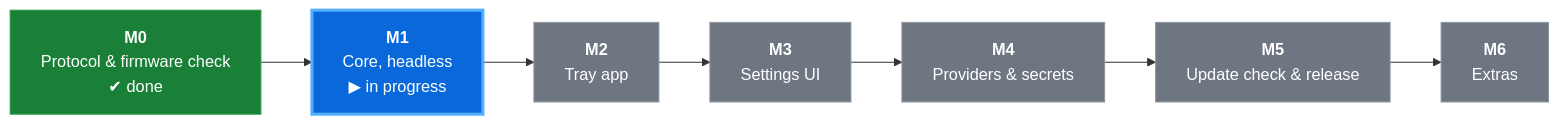
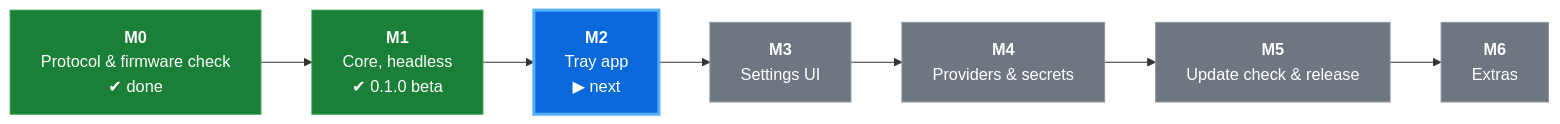
The diagram in apps/nd104-sync/README.md (MrUrdam/chilkey_nd104_utilities), drawn with Mermaid before and after one commit. The commit also changed other lines of this file and 5 other files, not shown here.

````diff
--- a/apps/nd104-sync/README.md
+++ b/apps/nd104-sync/README.md
@@ -404,15 +431,15 @@
 ```mermaid
 flowchart LR
     M0["<b>M0</b><br/>Protocol &amp; firmware check<br/>✔ done"]:::done
-    M1["<b>M1</b><br/>Core, headless<br/>▶ in progress"]:::current
-    M2["<b>M2</b><br/>Tray app"]:::todo
+    M1["<b>M1</b><br/>Core, headless<br/>✔ 0.1.0 beta"]:::done
+    M2["<b>M2</b><br/>Tray app<br/>▶ next"]:::current
     M3["<b>M3</b><br/>Settings UI"]:::todo
     M4["<b>M4</b><br/>Providers &amp; secrets"]:::todo
     M5["<b>M5</b><br/>Update check &amp; release"]:::todo
     M6["<b>M6</b><br/>Extras"]:::todo
     M0 --> M1 --> M2 --> M3 --> M4 --> M5 --> M6
 
     classDef done fill:#1a7f37,stroke:#2ea043,color:#ffffff
     classDef current fill:#0969da,stroke:#54aeff,color:#ffffff,stroke-width:3px
     classDef todo fill:#6e7781,stroke:#8c959f,color:#ffffff
 ```
````
